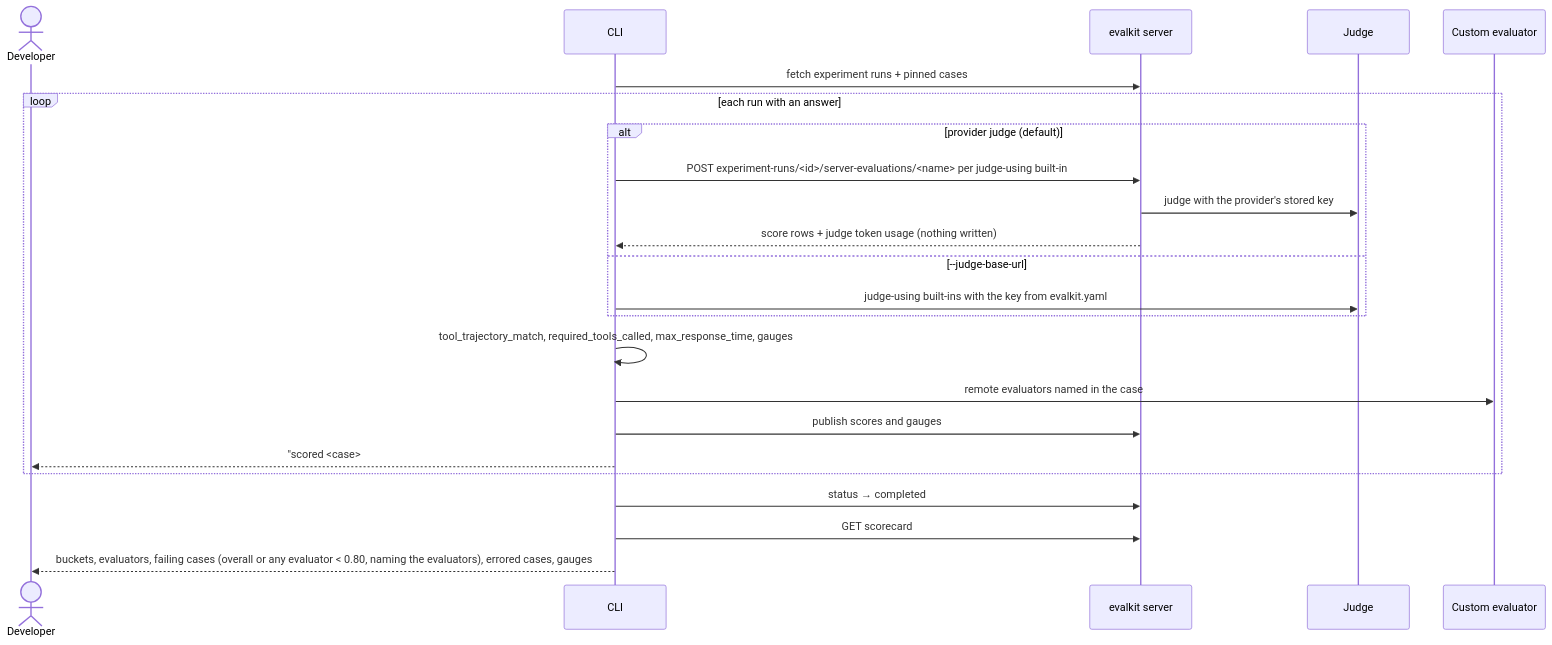
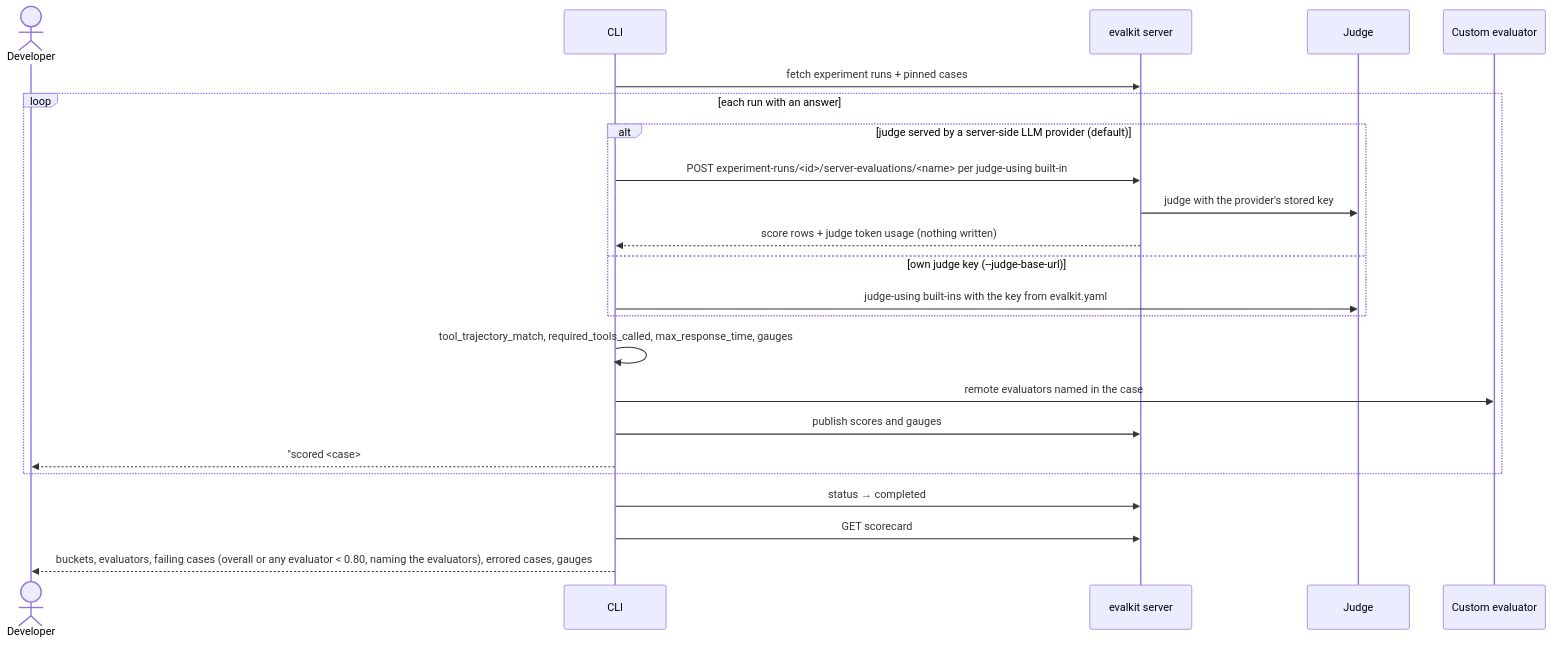
One commit to inferedge-ai/evalkit changed the second of 3 diagrams in docs/flows/07-local-harness-run.md. Above: the diagram before and after it, drawn with Mermaid. The commit also changed other lines of this file and 10 other files, not shown here.

Commit message:
Docs: state today's judge behaviour plainly, name server-side providers unambiguously, untangle setup steps

````diff
--- a/docs/flows/07-local-harness-run.md
+++ b/docs/flows/07-local-harness-run.md
@@ -52,26 +54,26 @@
 ```mermaid
 sequenceDiagram
   actor Dev as Developer
   participant CLI
   participant S as evalkit server
   participant J as Judge
   participant E as Custom evaluator
 
   CLI->>S: fetch experiment runs + pinned cases
   loop each run with an answer
-    alt provider judge (default)
+    alt judge served by a server-side LLM provider (default)
       CLI->>S: POST experiment-runs/#lt;id#gt;/server-evaluations/#lt;name#gt; per judge-using built-in
       S->>J: judge with the provider's stored key
       S-->>CLI: score rows + judge token usage (nothing written)
-    else --judge-base-url
+    else own judge key (--judge-base-url)
       CLI->>J: judge-using built-ins with the key from evalkit.yaml
     end
     CLI->>CLI: tool_trajectory_match, required_tools_called, max_response_time, gauges
     CLI->>E: remote evaluators named in the case
     CLI->>S: publish scores and gauges
     CLI-->>Dev: "scored #lt;case#gt; ##lt;rep#gt; (#lt;n#gt; rows)"
   end
   CLI->>S: status → completed
   CLI->>S: GET scorecard
   CLI-->>Dev: buckets, evaluators, failing cases (overall or any evaluator < 0.80, naming the evaluators), errored cases, gauges
 ```
````
